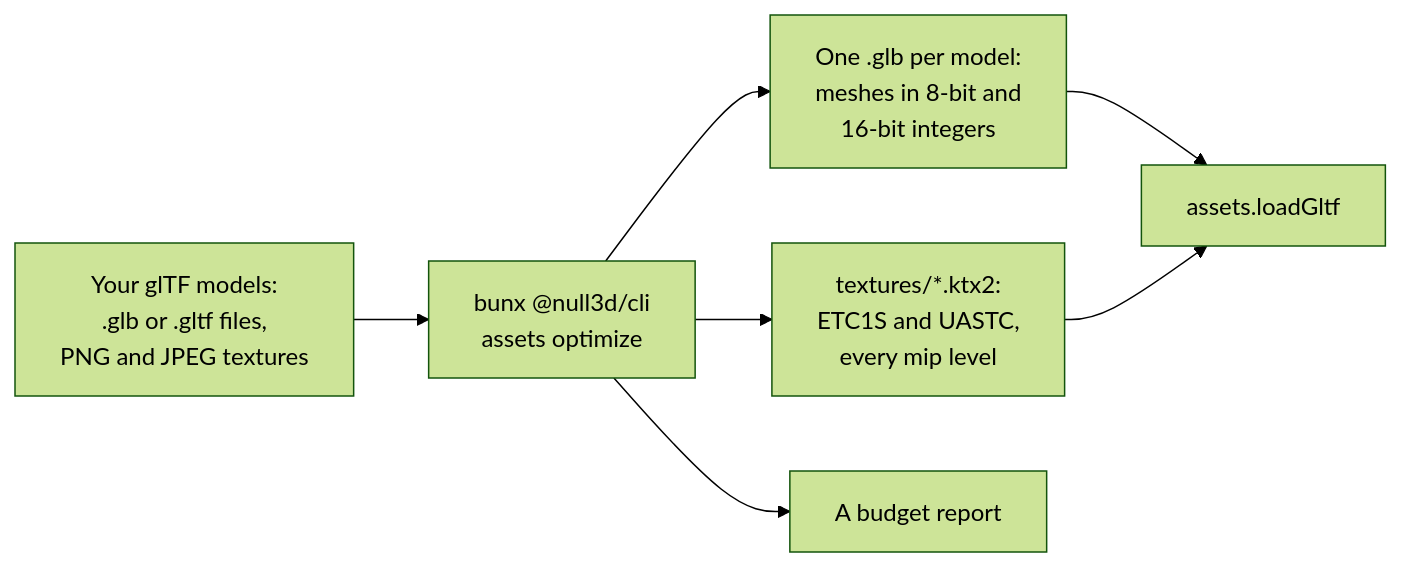
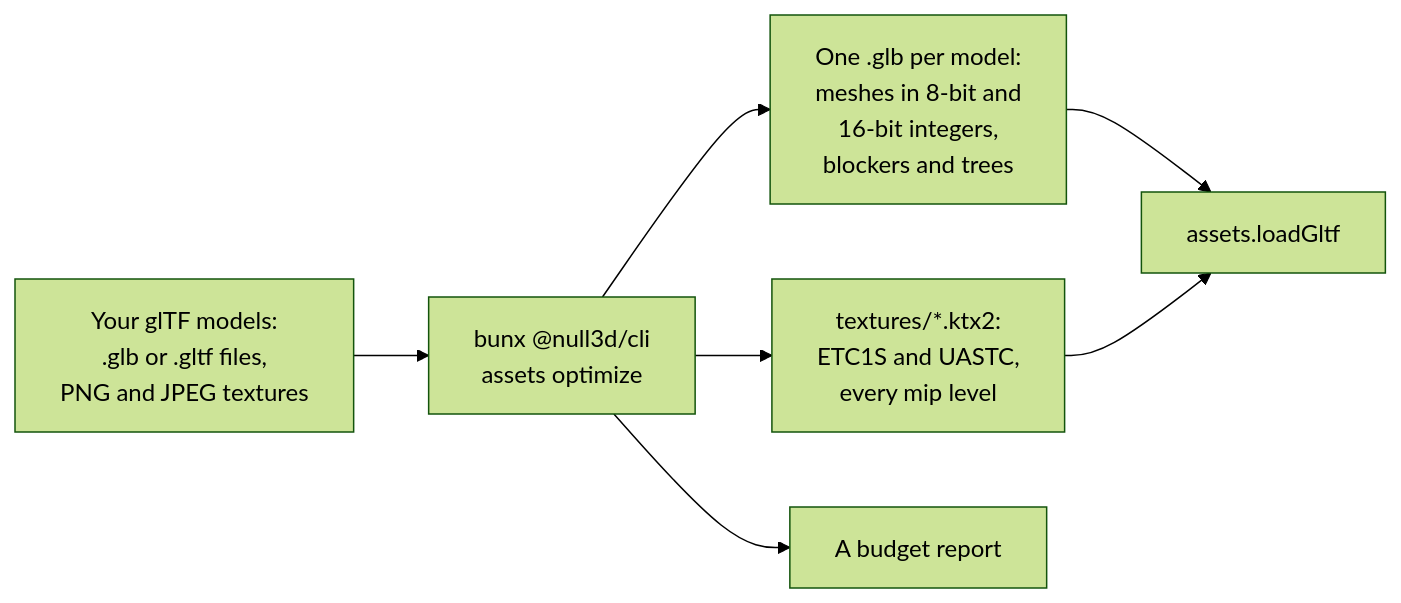
Before and after one commit to null3d-engine/null3d: the diagram in docs/guides/assets-pipeline.md, drawn with Mermaid (forest theme). The commit also changed other lines of this file and 35 other files, not shown here.

````diff
--- a/docs/guides/assets-pipeline.md
+++ b/docs/guides/assets-pipeline.md
@@ -13,9 +13,9 @@
 ```mermaid
 flowchart LR
     source["Your glTF models:<br/>.glb or .gltf files,<br/>PNG and JPEG textures"] --> optimize["bunx @null3d/cli<br/>assets optimize"]
-    optimize --> glb["One .glb per model:<br/>meshes in 8-bit and<br/>16-bit integers"]
+    optimize --> glb["One .glb per model:<br/>meshes in 8-bit and<br/>16-bit integers,<br/>blockers and trees"]
     optimize --> ktx2["textures/*.ktx2:<br/>ETC1S and UASTC,<br/>every mip level"]
     optimize --> report["A budget report"]
     glb --> load["assets.loadGltf"]
     ktx2 --> load
 ```
````
